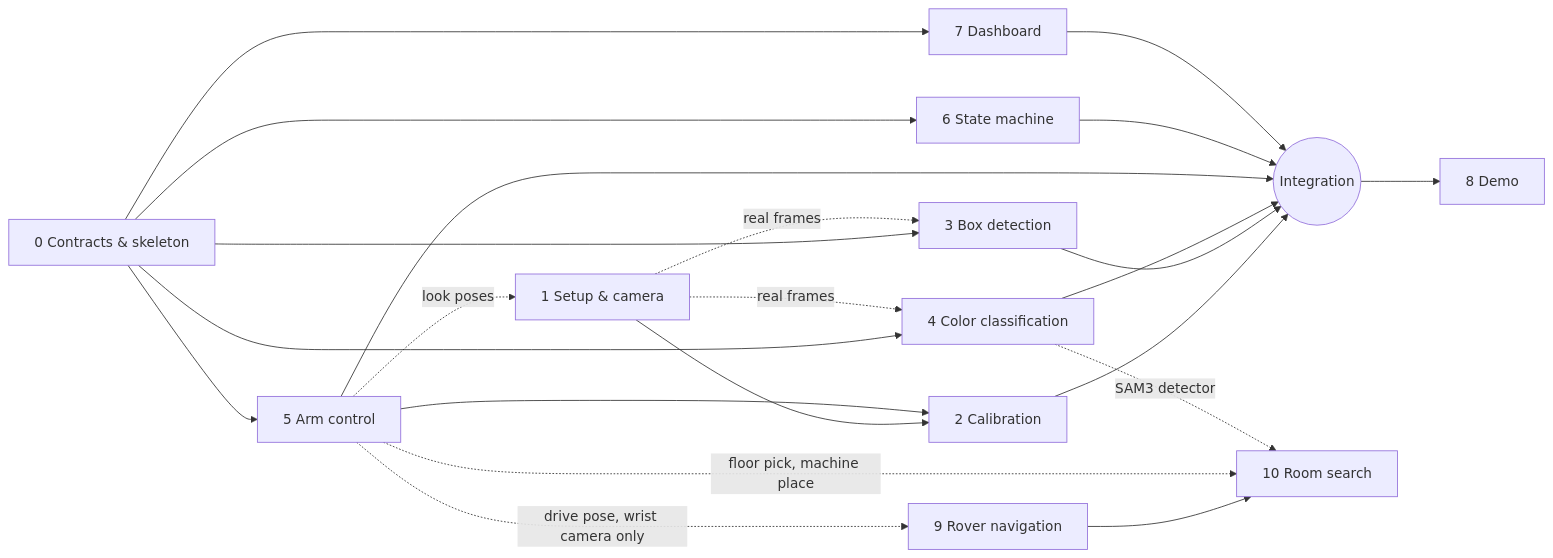
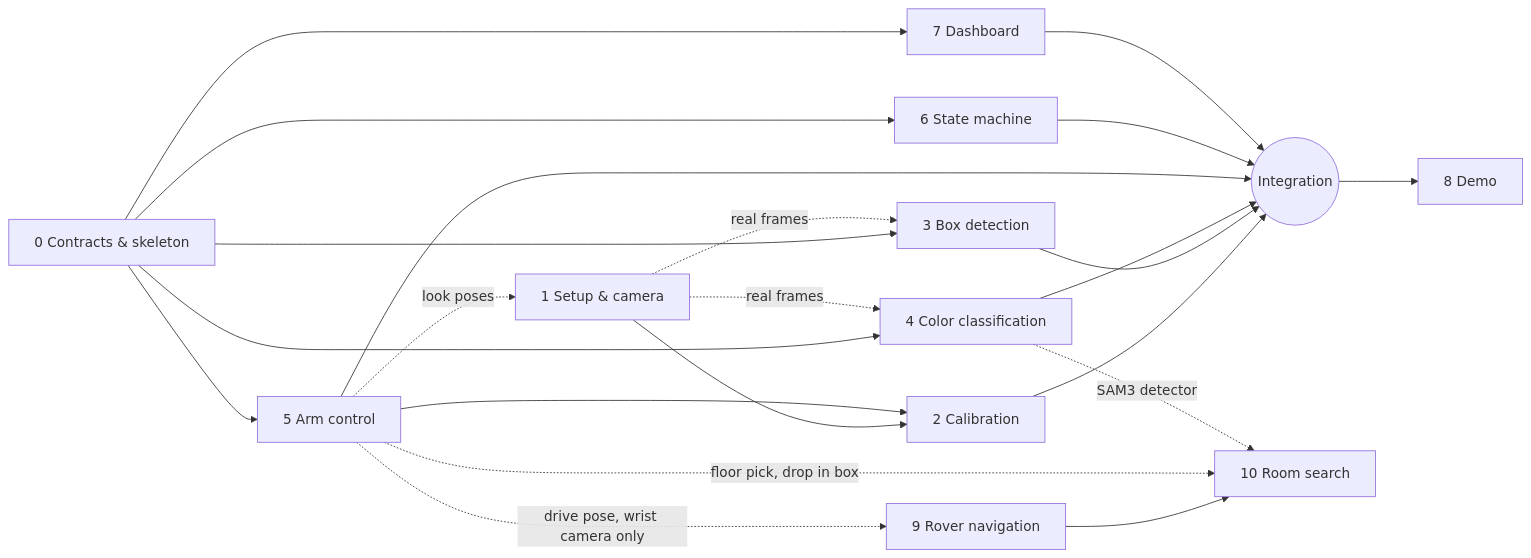
Before and after one commit to anka335/Alien-Bazaar-Hackaton: the diagram in docs/plan.md, drawn with Mermaid. The commit also changed other lines of this file and 4 other files, not shown here.

First line of the commit message:
docs(room-search): clothes go into the main laundry box, not the machine

````diff
--- a/docs/plan.md
+++ b/docs/plan.md
@@ -24,24 +24,24 @@
 ```mermaid
 graph LR
   B0[0 Contracts & skeleton] --> B3[3 Box detection]
   B0 --> B4[4 Color classification]
   B0 --> B5[5 Arm control]
   B0 --> B6[6 State machine]
   B0 --> B7[7 Dashboard]
   B1[1 Setup & camera] --> B2[2 Calibration]
   B5 --> B2
   B5 -. look poses .-> B1
   B1 -. real frames .-> B3
   B1 -. real frames .-> B4
   B2 --> INT((Integration))
   B3 --> INT
   B4 --> INT
   B5 --> INT
   B6 --> INT
   B7 --> INT
   INT --> B8[8 Demo]
   B5 -. drive pose, wrist camera only .-> B9[9 Rover navigation]
   B9 --> B10[10 Room search]
-  B5 -. floor pick, machine place .-> B10
+  B5 -. floor pick, drop in box .-> B10
   B4 -. SAM3 detector .-> B10
 ```
````
